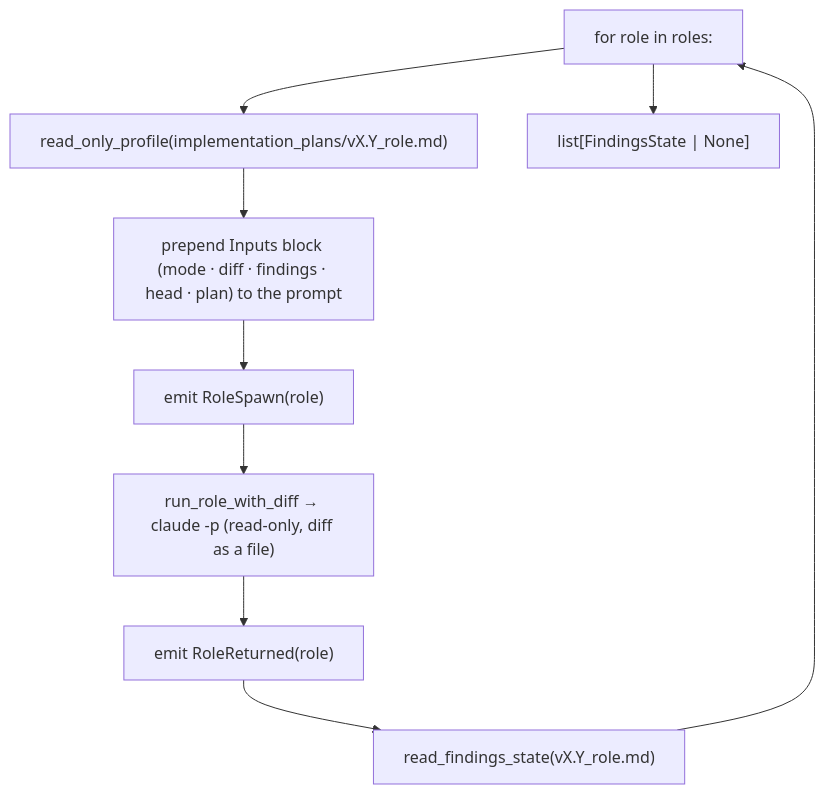
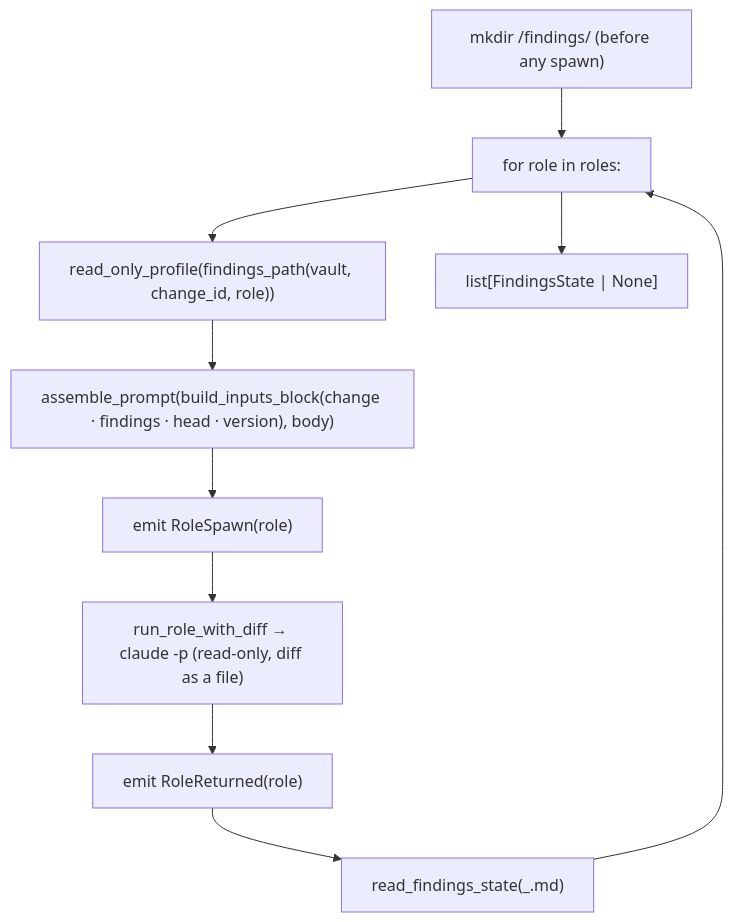
Before and after one commit to alxb1t/minionsfactory: the diagram in docs/modules/fanout.md, drawn with Mermaid. The commit also changed other lines of this file and 12 other files, not shown here.

````diff
--- a/docs/modules/fanout.md
+++ b/docs/modules/fanout.md
@@ -32,11 +37,12 @@
 ```mermaid
 flowchart TD
-    loop["for role in roles:"] --> prof["read_only_profile(implementation_plans/vX.Y_role.md)"]
-    prof --> inp["prepend Inputs block (mode · diff · findings · head · plan) to the prompt"]
+    mk["mkdir <vault>/findings/ (before any spawn)"] --> loop["for role in roles:"]
+    loop --> prof["read_only_profile(findings_path(vault, change_id, role))"]
+    prof --> inp["assemble_prompt(build_inputs_block(change · findings · head · version), body)"]
     inp --> sp["emit RoleSpawn(role)"]
     sp --> rr["run_role_with_diff → claude -p (read-only, diff as a file)"]
     rr --> ret["emit RoleReturned(role)"]
-    ret --> rf["read_findings_state(vX.Y_role.md)"]
+    ret --> rf["read_findings_state(<change-id>_<role>.md)"]
     rf --> loop
     loop --> collect["list[FindingsState | None]"]
 ```
````
